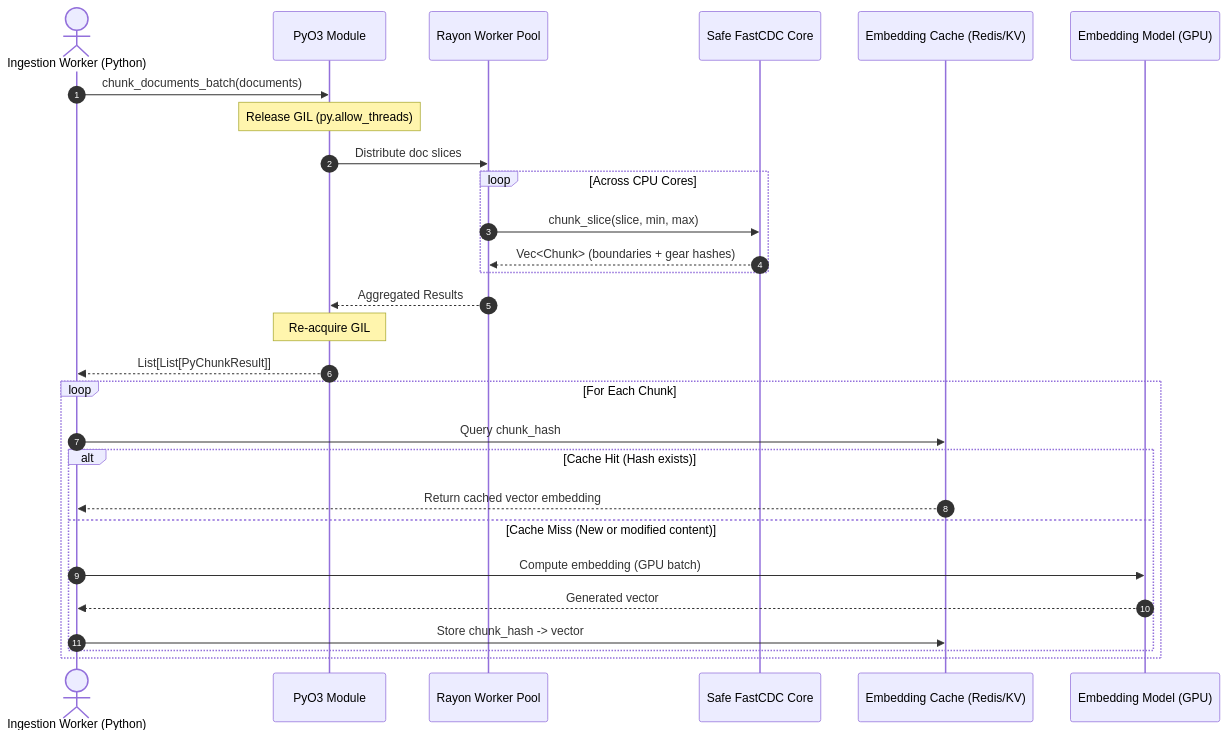
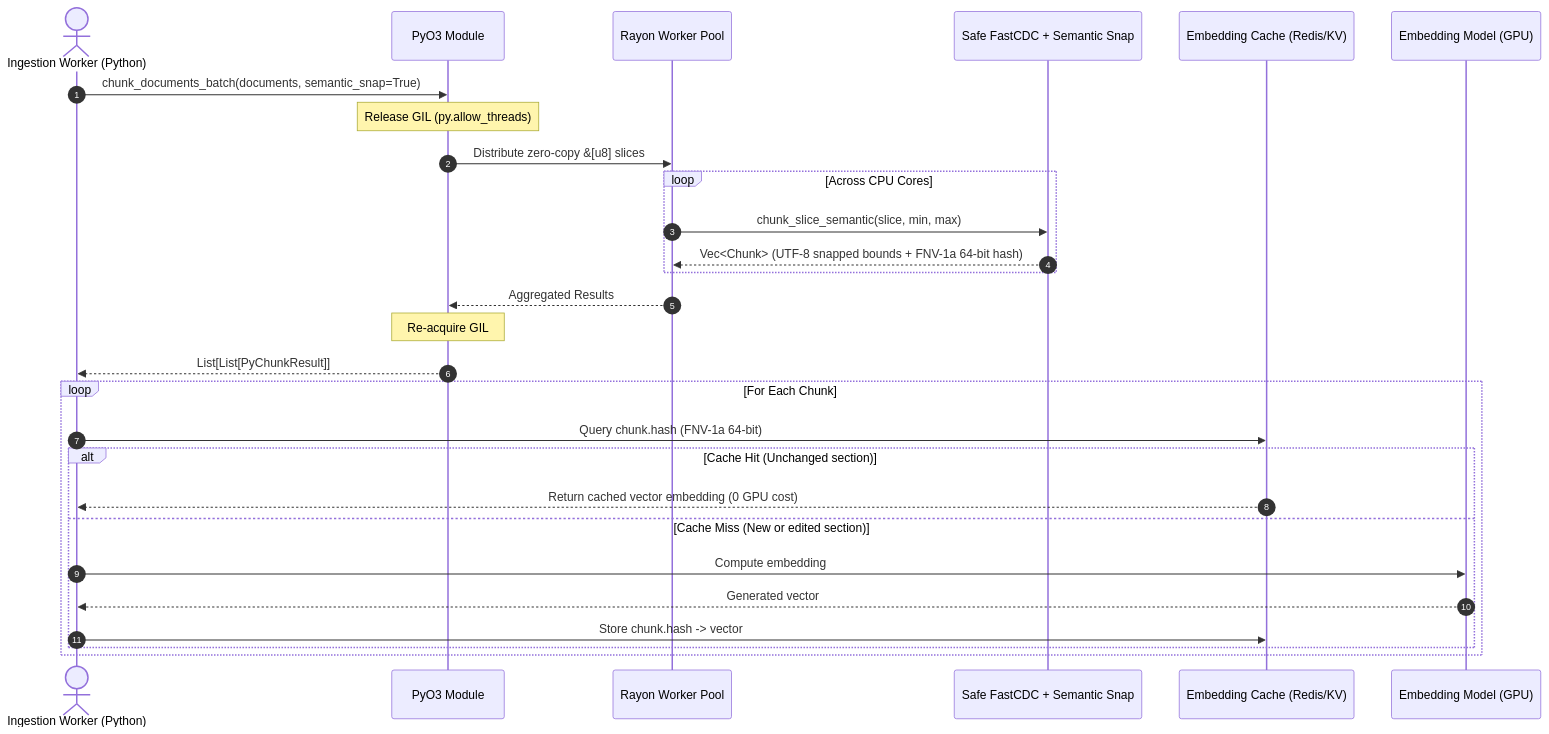
One commit to mjlelis/fast-rag-chunker changed the third of 3 diagrams in README.md. Above: the diagram before and after it, drawn with Mermaid. The commit also changed other lines of this file and 5 other files, not shown here.

Commit message:
feat: add UTF-8 semantic boundary snapping, FNV-1a fingerprinting and RAG deduplication benchmarks

````diff
--- a/README.md
+++ b/README.md
@@ -116,32 +151,32 @@
 ```mermaid
 sequenceDiagram
     autonumber
     actor Pipeline as Ingestion Worker (Python)
     participant PyO3 as PyO3 Module
     participant Rayon as Rayon Worker Pool
-    participant SafeRust as Safe FastCDC Core
+    participant SafeRust as Safe FastCDC + Semantic Snap
     participant Cache as Embedding Cache (Redis/KV)
     participant Model as Embedding Model (GPU)
 
-    Pipeline->>PyO3: chunk_documents_batch(documents)
+    Pipeline->>PyO3: chunk_documents_batch(documents, semantic_snap=True)
     Note over PyO3: Release GIL (py.allow_threads)
-    PyO3->>Rayon: Distribute doc slices
+    PyO3->>Rayon: Distribute zero-copy &[u8] slices
     loop Across CPU Cores
-        Rayon->>SafeRust: chunk_slice(slice, min, max)
-        SafeRust-->>Rayon: Vec<Chunk> (boundaries + gear hashes)
+        Rayon->>SafeRust: chunk_slice_semantic(slice, min, max)
+        SafeRust-->>Rayon: Vec<Chunk> (UTF-8 snapped bounds + FNV-1a 64-bit hash)
     end
     Rayon-->>PyO3: Aggregated Results
     Note over PyO3: Re-acquire GIL
     PyO3-->>Pipeline: List[List[PyChunkResult]]
 
     loop For Each Chunk
-        Pipeline->>Cache: Query chunk_hash
-        alt Cache Hit (Hash exists)
-            Cache-->>Pipeline: Return cached vector embedding
-        else Cache Miss (New or modified content)
-            Pipeline->>Model: Compute embedding (GPU batch)
+        Pipeline->>Cache: Query chunk.hash (FNV-1a 64-bit)
+        alt Cache Hit (Unchanged section)
+            Cache-->>Pipeline: Return cached vector embedding (0 GPU cost)
+        else Cache Miss (New or edited section)
+            Pipeline->>Model: Compute embedding
             Model-->>Pipeline: Generated vector
-            Pipeline->>Cache: Store chunk_hash -> vector
+            Pipeline->>Cache: Store chunk.hash -> vector
         end
     end
 ```
````
